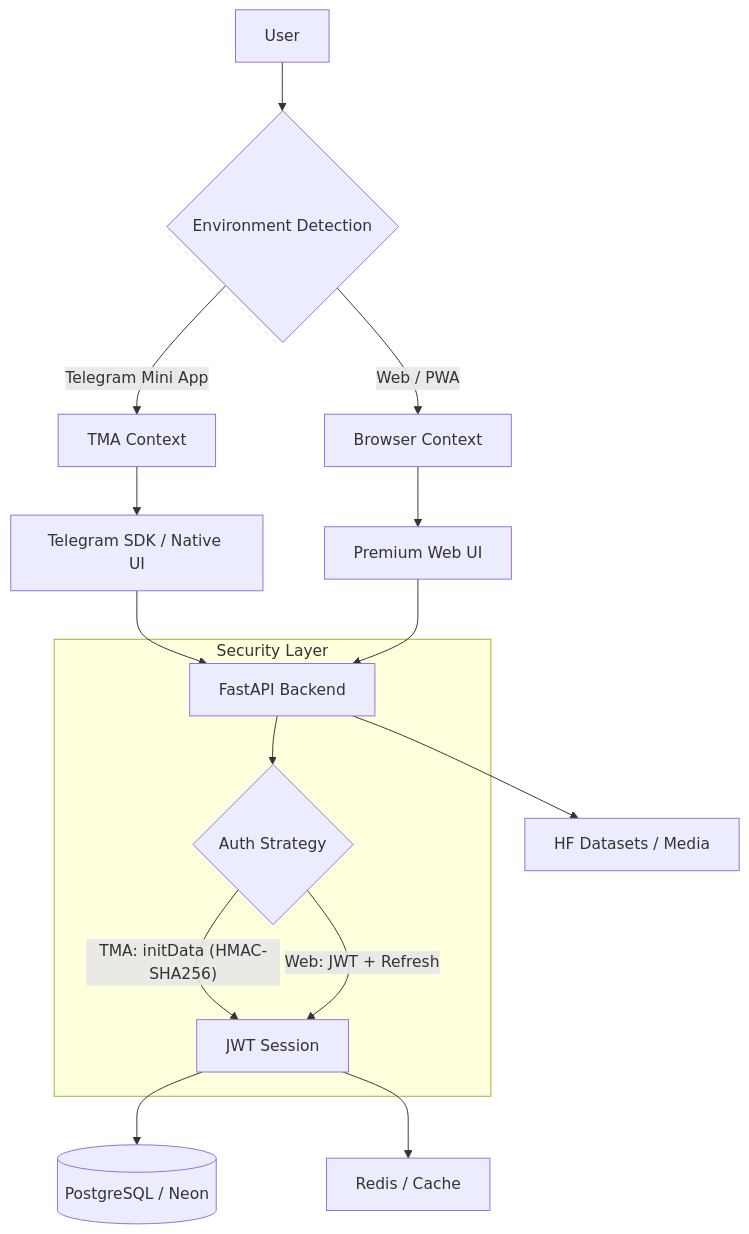
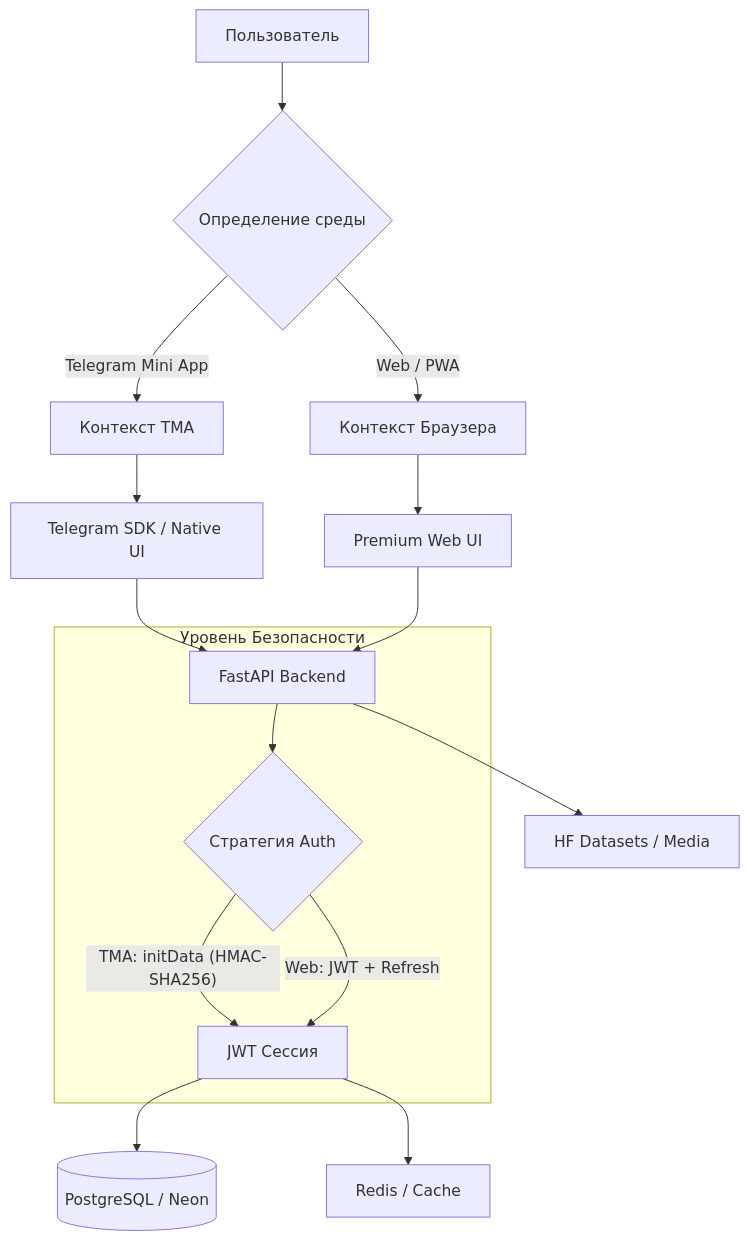
One commit to Nihronick/blackrose changed the diagram in README.md. Above: the diagram before and after it, drawn with Mermaid. The commit also changed other lines of this file, not shown here.

````diff
--- a/README.md
+++ b/README.md
@@ -48,21 +27,21 @@
 ```mermaid
 graph TD
-    A[User] --> B{Environment Detection}
-    B -->|Telegram Mini App| C[TMA Context]
-    B -->|Web / PWA| D[Browser Context]
+    A[Пользователь] --> B{Определение среды}
+    B -->|Telegram Mini App| C[Контекст TMA]
+    B -->|Web / PWA| D[Контекст Браузера]
 
     C --> E[Telegram SDK / Native UI]
     D --> F[Premium Web UI]
 
     E & F --> G[FastAPI Backend]
 
-    subgraph "Security Layer"
-    G --> H{Auth Strategy}
-    H -- "TMA: initData (HMAC-SHA256)" --> I[JWT Session]
+    subgraph "Уровень Безопасности"
+    G --> H{Стратегия Auth}
+    H -- "TMA: initData (HMAC-SHA256)" --> I[JWT Сессия]
     H -- "Web: JWT + Refresh" --> I
     end
 
     I --> J[(PostgreSQL / Neon)]
     I --> K[Redis / Cache]
     G --> L[HF Datasets / Media]
 ```
````
